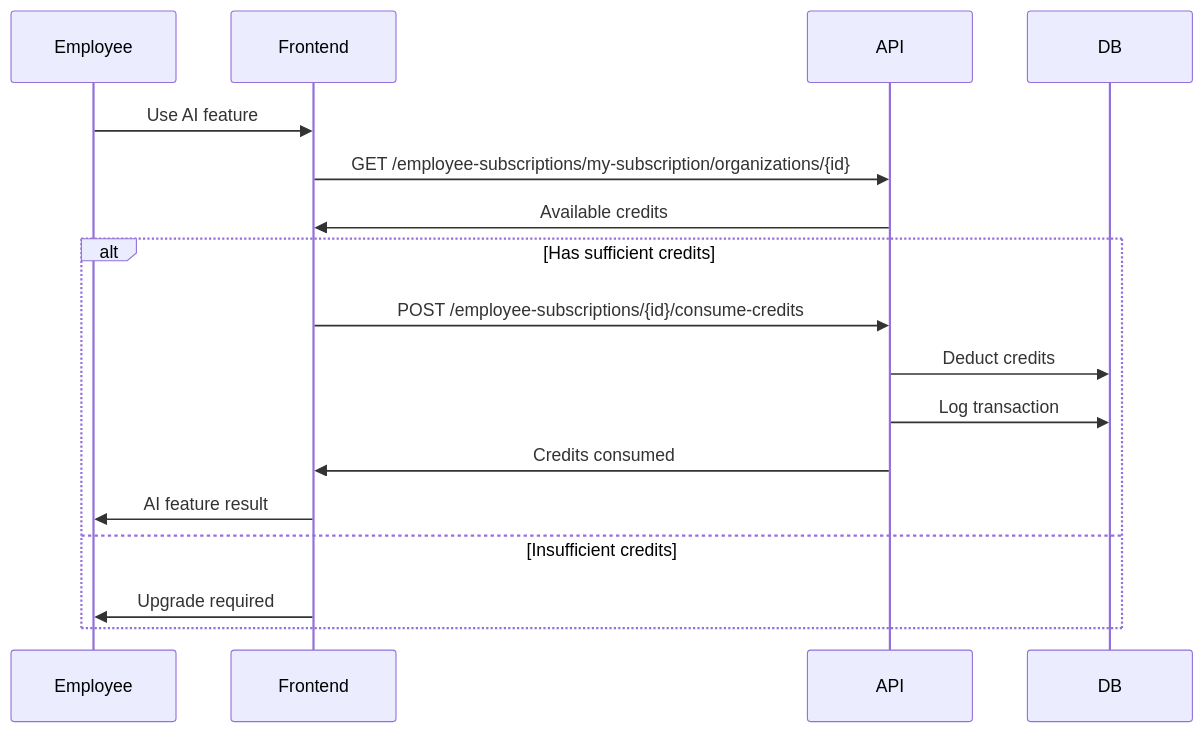
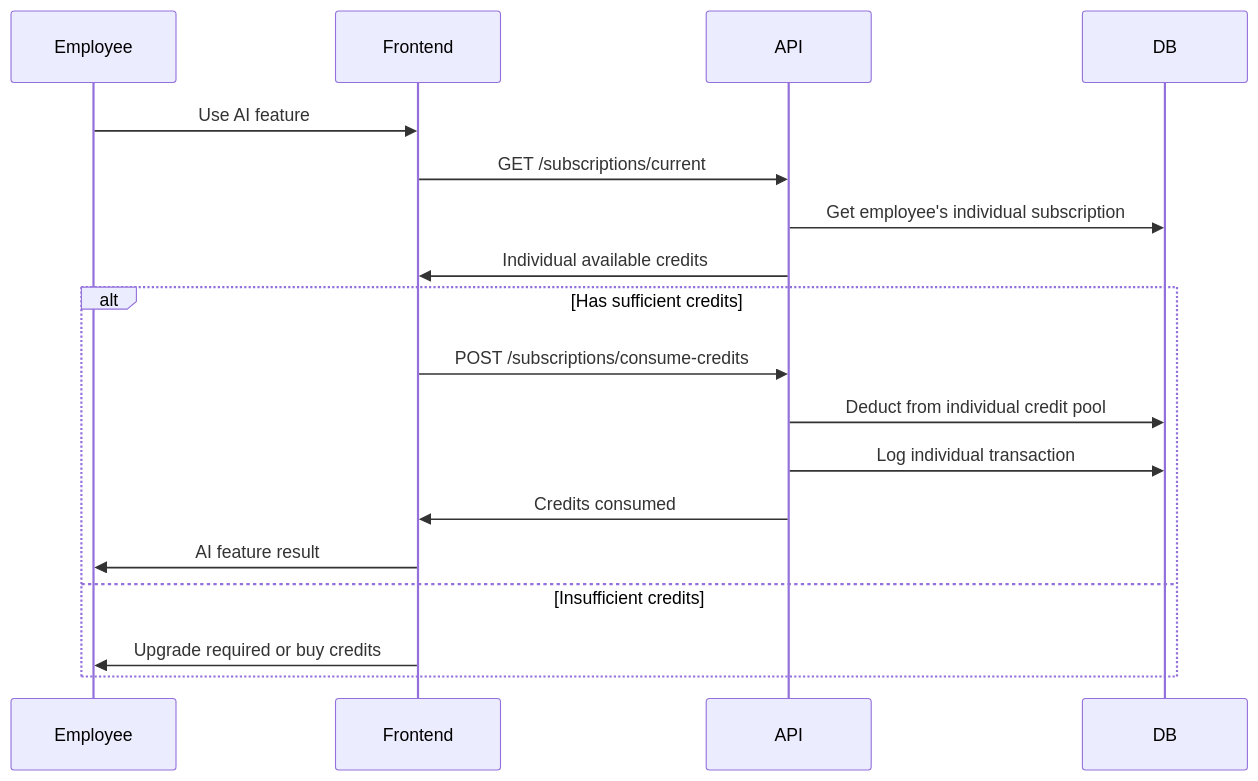
One commit to amird308/woocer changed the third of 3 diagrams in docs/SUBSCRIPTION_AND_EMPLOYEE_FLOW.md. Above: the diagram before and after it, drawn with Mermaid. The commit also changed other lines of this file and 9 other files, not shown here.

Commit message:
refactor: remove employee subscription system and related files

````diff
--- a/docs/SUBSCRIPTION_AND_EMPLOYEE_FLOW.md
+++ b/docs/SUBSCRIPTION_AND_EMPLOYEE_FLOW.md
@@ -162,21 +124,22 @@
 ```mermaid
 sequenceDiagram
     participant Employee
     participant Frontend
     participant API
     participant DB
     
     Employee->>Frontend: Use AI feature
-    Frontend->>API: GET /employee-subscriptions/my-subscription/organizations/{id}
-    API->>Frontend: Available credits
+    Frontend->>API: GET /subscriptions/current
+    API->>DB: Get employee's individual subscription
+    API->>Frontend: Individual available credits
     
     alt Has sufficient credits
-        Frontend->>API: POST /employee-subscriptions/{id}/consume-credits
-        API->>DB: Deduct credits
-        API->>DB: Log transaction
+        Frontend->>API: POST /subscriptions/consume-credits
+        API->>DB: Deduct from individual credit pool
+        API->>DB: Log individual transaction
         API->>Frontend: Credits consumed
         Frontend->>Employee: AI feature result
     else Insufficient credits
-        Frontend->>Employee: Upgrade required
+        Frontend->>Employee: Upgrade required or buy credits
     end
 ```
````
